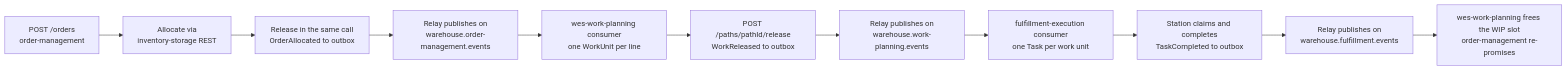
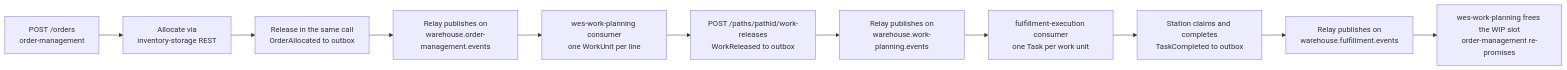
Before and after one commit to IQVO/warehouse-docs: the diagram in docs/fleet-operations/incident-runbook.md, drawn with Mermaid. The commit also changed other lines of this file and 272 other files, not shown here.

````diff
--- a/docs/fleet-operations/incident-runbook.md
+++ b/docs/fleet-operations/incident-runbook.md
@@ -25,13 +25,13 @@
 ```mermaid
 flowchart LR
     A["POST /orders<br/>order-management"] --> B["Allocate via<br/>inventory-storage REST"]
     B --> C["Release in the same call<br/>OrderAllocated to outbox"]
     C --> D["Relay publishes on<br/>warehouse.order-management.events"]
     D --> E["wes-work-planning consumer<br/>one WorkUnit per line"]
-    E --> F["POST /paths/pathId/release<br/>WorkReleased to outbox"]
+    E --> F["POST /paths/pathId/work-releases<br/>WorkReleased to outbox"]
     F --> G["Relay publishes on<br/>warehouse.work-planning.events"]
     G --> H["fulfillment-execution consumer<br/>one Task per work unit"]
     H --> I["Station claims and completes<br/>TaskCompleted to outbox"]
     I --> J["Relay publishes on<br/>warehouse.fulfillment.events"]
     J --> K["wes-work-planning frees the WIP slot<br/>order-management re-promises"]
 ```
````
